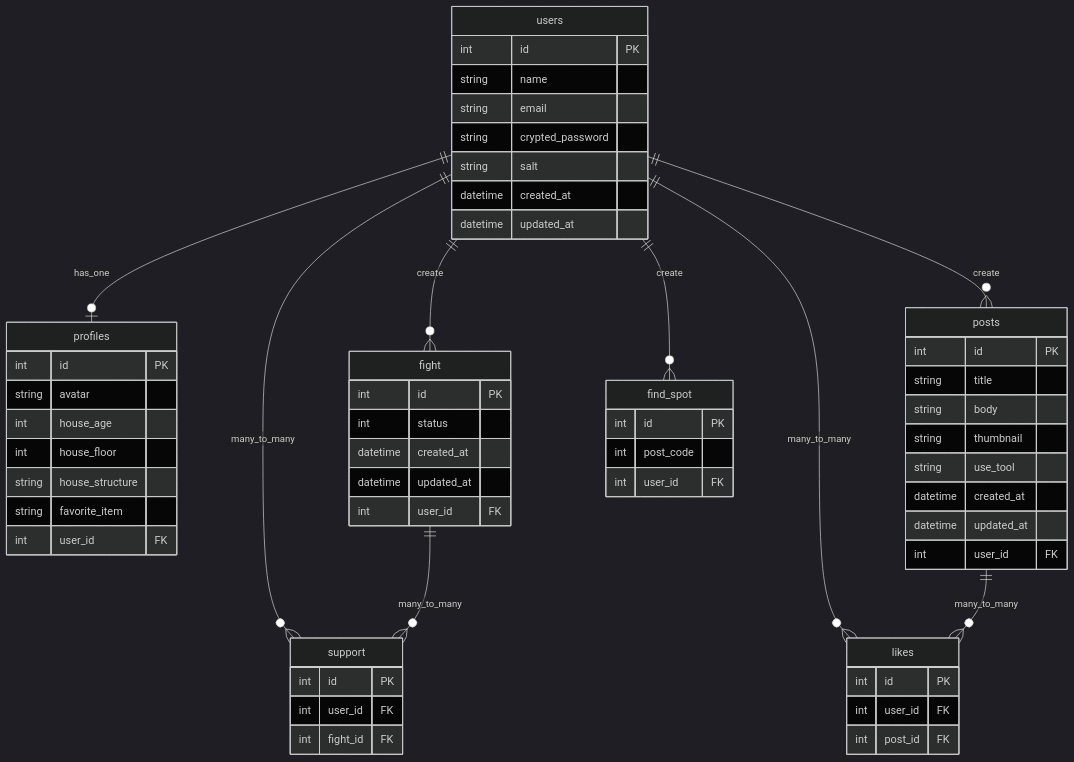
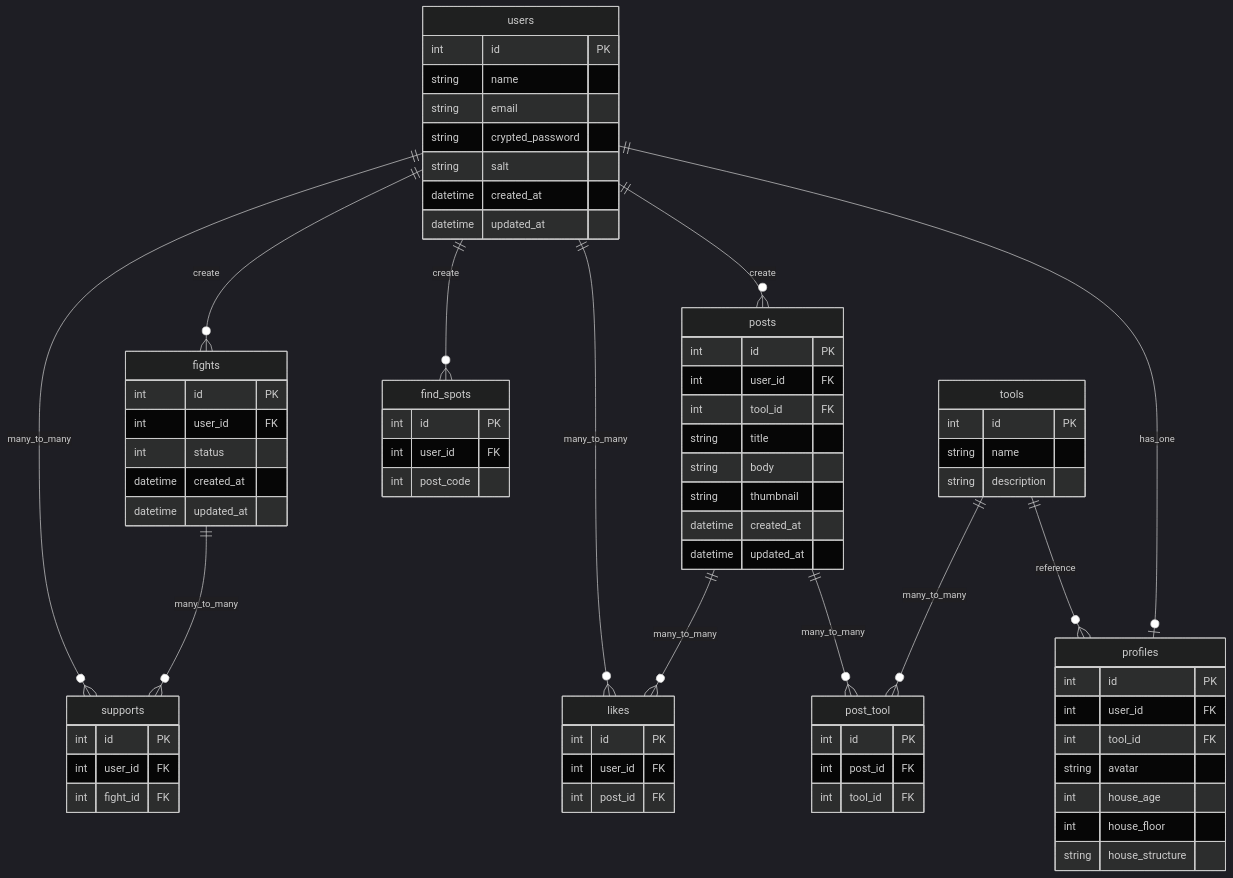
Before and after one commit to hagimoto0943/goki-network: the diagram in README.md, drawn with Mermaid (dark theme).

Commit message:
toolsテーブルの作成

````diff
--- a/README.md
+++ b/README.md
@@ -61,65 +61,79 @@
 ```mermaid
 erDiagram
-users ||--o| profiles : has_one
-users ||--o{ fight : create
+users ||--o{ fights : create
 users ||--o{ posts : create
 users ||--o{ likes : many_to_many
-users ||--o{ support : many_to_many
-fight ||--o{ support : many_to_many
-users ||--o{ find_spot : create
+users ||--o{ supports : many_to_many
+fights ||--o{ supports : many_to_many
+users ||--o{ find_spots : create
 posts ||--o{ likes : many_to_many
+tools || -- o{ profiles :  reference
+posts || --o{ post_tool : many_to_many
+tools || --o{ post_tool : many_to_many
+users ||--o| profiles : has_one
 
   users {
     int id PK
     string name
     string email
     string crypted_password
     string salt
     datetime created_at
     datetime updated_at
   }
+  fights {
+    int id PK
+    int user_id FK
+    int status
+    datetime created_at
+    datetime updated_at
+  }
   profiles {
     int id PK
+    int user_id FK
+    int tool_id FK
     string avatar
     int house_age
     int house_floor
     string house_structure
-    string favorite_item
-    int user_id FK
   }
   posts {
     int id PK
+    int user_id FK
+    int tool_id FK
     string title
     string body
     string thumbnail
-    string use_tool
     datetime created_at
     datetime updated_at
-    int user_id FK
   }
-  fight {
-    int id PK
-    int status
-    datetime created_at
-    datetime updated_at
-    int user_id FK
-  }
+
   likes {
     int id PK
     int user_id FK
     int post_id FK
   }
 
-  support{
+  supports {
     int id PK
     int user_id FK
     int fight_id FK
   }
-  find_spot {
+  find_spots {
     int id PK
+    int user_id FK
     int post_code
-    int user_id FK
+  }
+  tools {
+    int id PK
+    string name
+    string description
+  }
+  post_tool {
+    int id  PK
+    int post_id FK
+    int tool_id FK
   }
 
 
 ```
````
